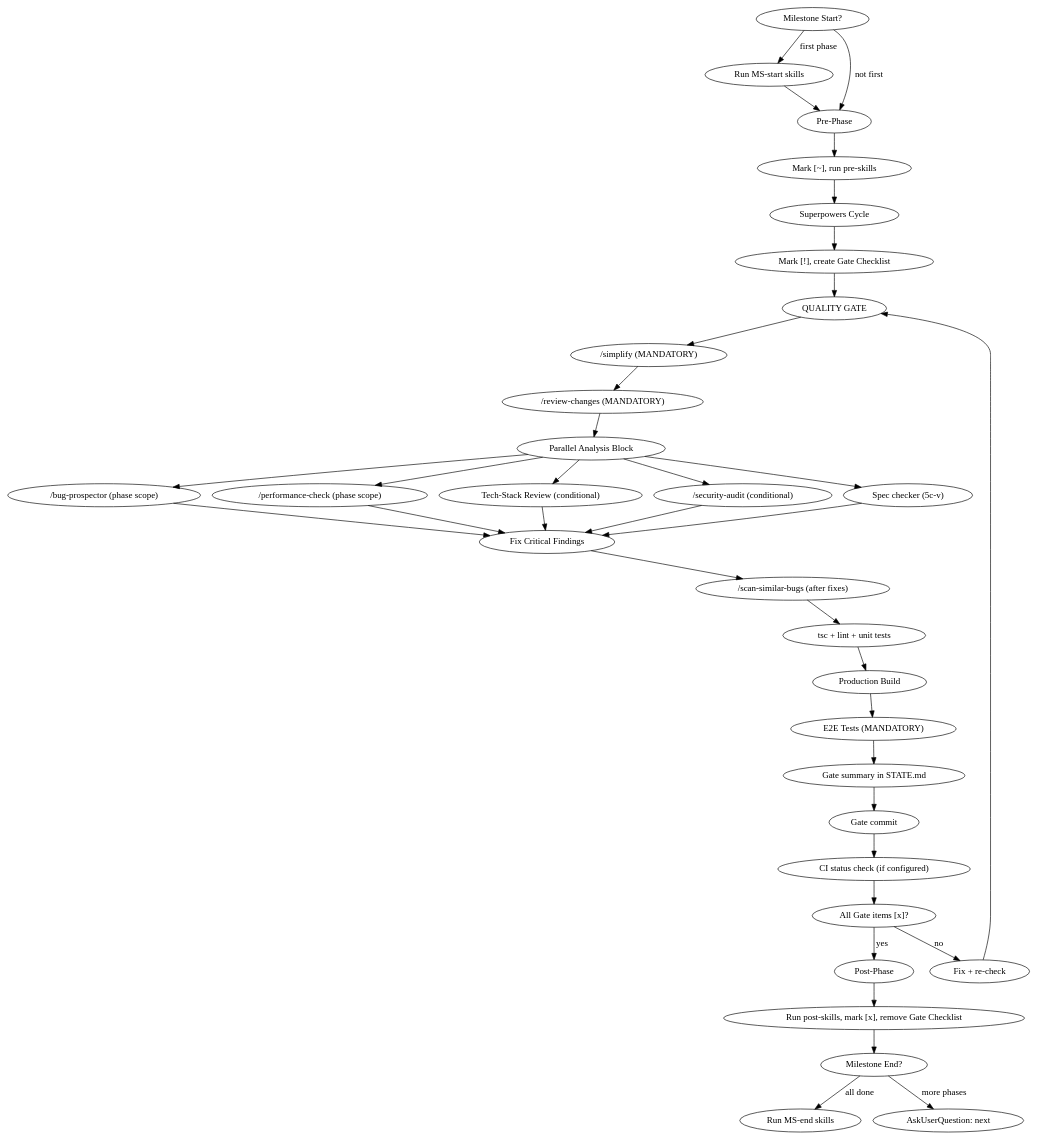
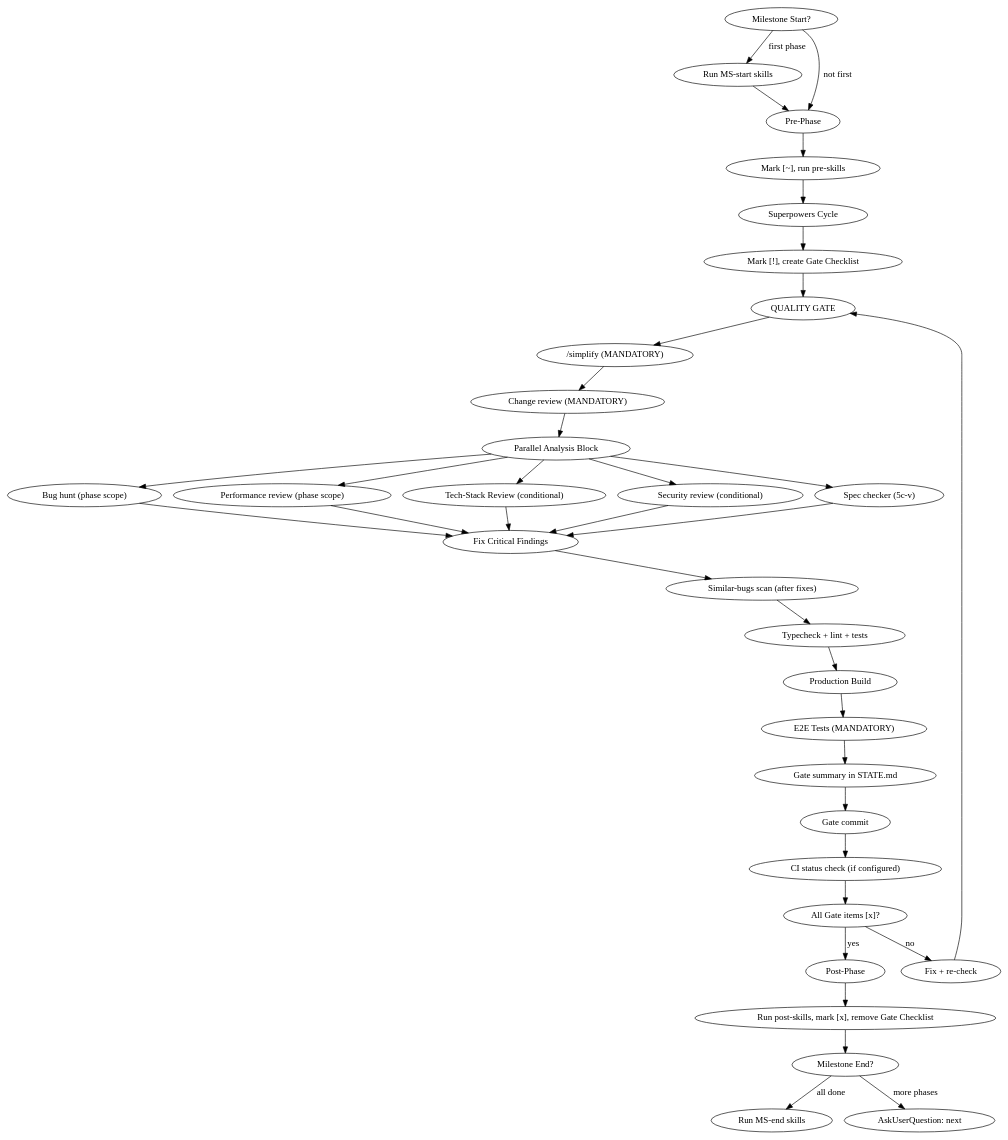
Before and after one commit to culfin/claude-skills-public: the second of 2 diagrams in dev/SKILL.md, drawn with Graphviz. The commit also changed other lines of this file and 36 other files, not shown here.

````diff
--- a/dev/SKILL.md
+++ b/dev/SKILL.md
@@ -211,40 +211,40 @@
 ```dot
 digraph phase {
   rankdir=TB;
   "Milestone Start?" -> "Run MS-start skills" [label="first phase"];
   "Milestone Start?" -> "Pre-Phase" [label="not first"];
   "Run MS-start skills" -> "Pre-Phase";
   "Pre-Phase" -> "Mark [~], run pre-skills";
   "Mark [~], run pre-skills" -> "Superpowers Cycle";
   "Superpowers Cycle" -> "Mark [!], create Gate Checklist";
   "Mark [!], create Gate Checklist" -> "QUALITY GATE";
   "QUALITY GATE" -> "/simplify (MANDATORY)";
-  "/simplify (MANDATORY)" -> "/review-changes (MANDATORY)";
-  "/review-changes (MANDATORY)" -> "Parallel Analysis Block";
-  "Parallel Analysis Block" -> "/bug-prospector (phase scope)";
-  "Parallel Analysis Block" -> "/performance-check (phase scope)";
+  "/simplify (MANDATORY)" -> "Change review (MANDATORY)";
+  "Change review (MANDATORY)" -> "Parallel Analysis Block";
+  "Parallel Analysis Block" -> "Bug hunt (phase scope)";
+  "Parallel Analysis Block" -> "Performance review (phase scope)";
   "Parallel Analysis Block" -> "Tech-Stack Review (conditional)";
-  "Parallel Analysis Block" -> "/security-audit (conditional)";
+  "Parallel Analysis Block" -> "Security review (conditional)";
   "Parallel Analysis Block" -> "Spec checker (5c-v)";
-  "/bug-prospector (phase scope)" -> "Fix Critical Findings";
-  "/performance-check (phase scope)" -> "Fix Critical Findings";
+  "Bug hunt (phase scope)" -> "Fix Critical Findings";
+  "Performance review (phase scope)" -> "Fix Critical Findings";
   "Tech-Stack Review (conditional)" -> "Fix Critical Findings";
-  "/security-audit (conditional)" -> "Fix Critical Findings";
+  "Security review (conditional)" -> "Fix Critical Findings";
   "Spec checker (5c-v)" -> "Fix Critical Findings";
-  "Fix Critical Findings" -> "/scan-similar-bugs (after fixes)";
-  "/scan-similar-bugs (after fixes)" -> "tsc + lint + unit tests";
-  "tsc + lint + unit tests" -> "Production Build";
+  "Fix Critical Findings" -> "Similar-bugs scan (after fixes)";
+  "Similar-bugs scan (after fixes)" -> "Typecheck + lint + tests";
+  "Typecheck + lint + tests" -> "Production Build";
   "Production Build" -> "E2E Tests (MANDATORY)";
   "E2E Tests (MANDATORY)" -> "Gate summary in STATE.md";
   "Gate summary in STATE.md" -> "Gate commit";
   "Gate commit" -> "CI status check (if configured)";
   "CI status check (if configured)" -> "All Gate items [x]?";
   "All Gate items [x]?" -> "Post-Phase" [label="yes"];
   "All Gate items [x]?" -> "Fix + re-check" [label="no"];
   "Fix + re-check" -> "QUALITY GATE";
   "Post-Phase" -> "Run post-skills, mark [x], remove Gate Checklist";
   "Run post-skills, mark [x], remove Gate Checklist" -> "Milestone End?" [label=""];
   "Milestone End?" -> "Run MS-end skills" [label="all done"];
   "Milestone End?" -> "AskUserQuestion: next" [label="more phases"];
 }
 ```
````
